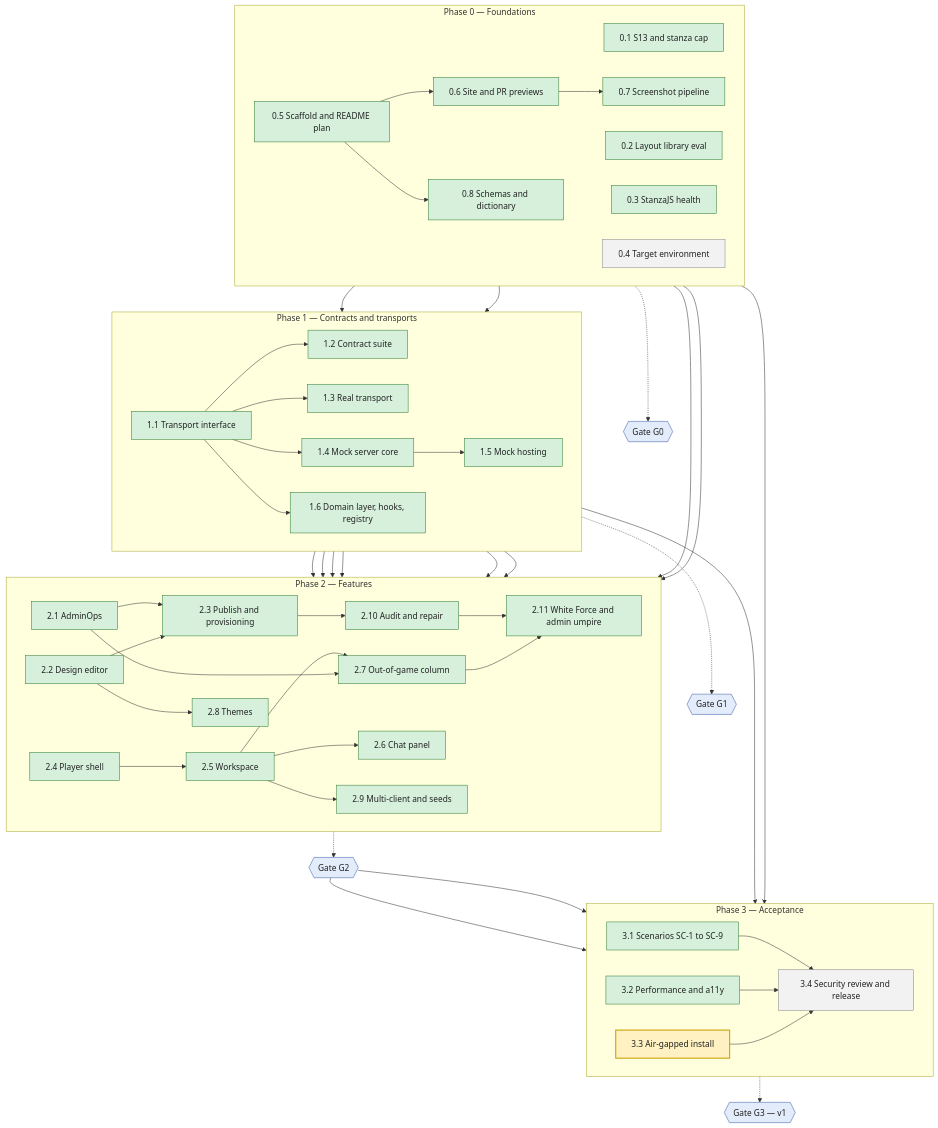
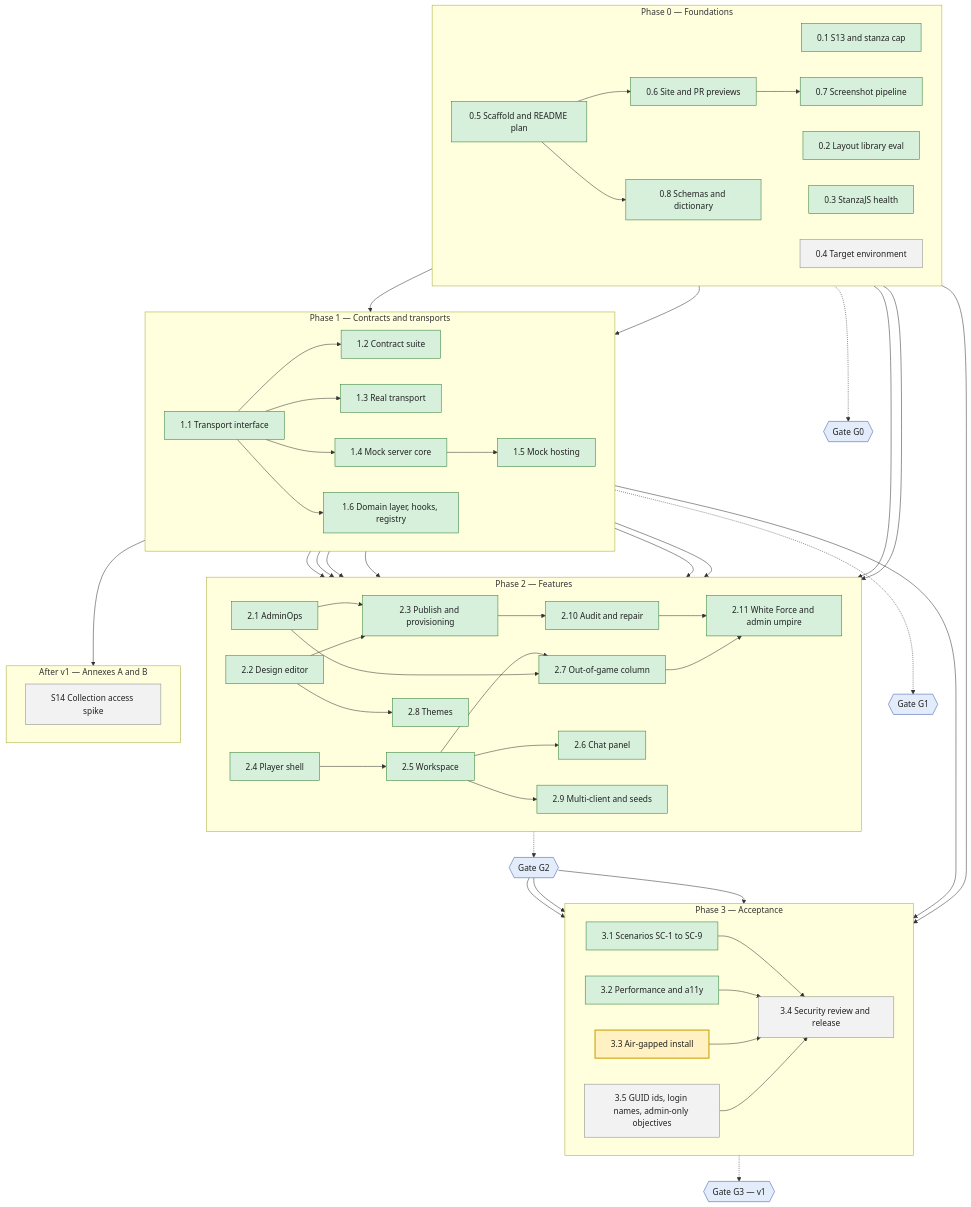
Before and after one commit to serge-web/war-rooms-x2: the diagram in README.md, drawn with Mermaid. The commit also changed 7 other files, not shown here.

First line of the commit message:
Merge the product owner's SRD revision; plan WP 3.5, spike S14 and the annexes

```diff
--- a/README.md
+++ b/README.md
@@ -48,6 +48,11 @@
         wp32["3.2 Performance and a11y"]
         wp33["3.3 Air-gapped install"]
         wp34["3.4 Security review and release"]
+        wp35["3.5 GUID ids, login names, admin-only objectives"]
+    end
+    subgraph PX["After v1 — Annexes A and B"]
+        direction LR
+        wps14["S14 Collection access spike"]
     end
     G0{{"Gate G0"}}
     G1{{"Gate G1"}}
@@ -70,17 +75,19 @@
     wp15 & wp25 --> wp29
     wp04 & wp13 --> wp33
     wp31 & wp32 & wp33 --> wp34
+    wp35 --> wp34
+    wp12 --> wps14
     P0 -.-> G0
     P1 -.-> G1
     P2 -.-> G2
-    G2 --> wp31 & wp32
+    G2 --> wp31 & wp32 & wp35
     P3 -.-> G3
 
     classDef todo fill:#f2f2f2,stroke:#888,color:#222
     classDef active fill:#fff1c2,stroke:#c9a000,color:#222,stroke-width:2px
     classDef done fill:#d6f0dc,stroke:#2e7d32,color:#222
     classDef gate fill:#e3ecfa,stroke:#3b5bab,color:#222
-    class wp04,wp34 todo
+    class wp04,wp34,wp35,wps14 todo
     class wp33 active
     class wp01,wp02,wp03,wp05,wp06,wp07,wp08,wp11,wp12,wp13,wp14,wp15,wp16,wp21,wp22,wp23,wp24,wp25,wp26,wp27,wp28,wp29,wp210,wp211,wp31,wp32 done
     class G0,G1,G2,G3 gate
```
